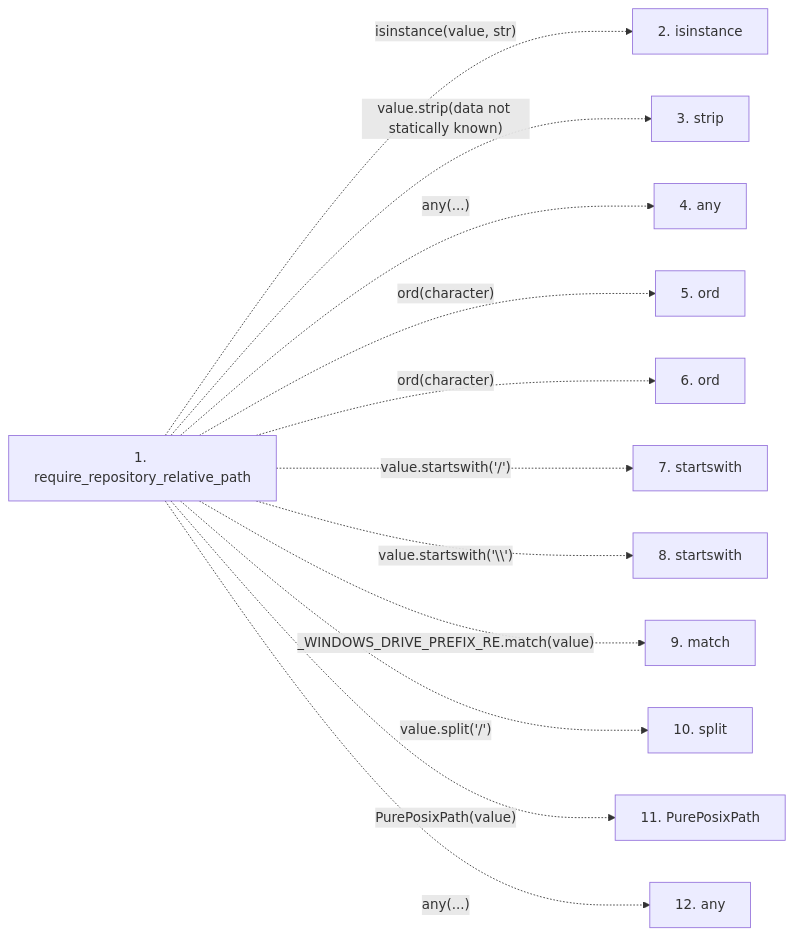
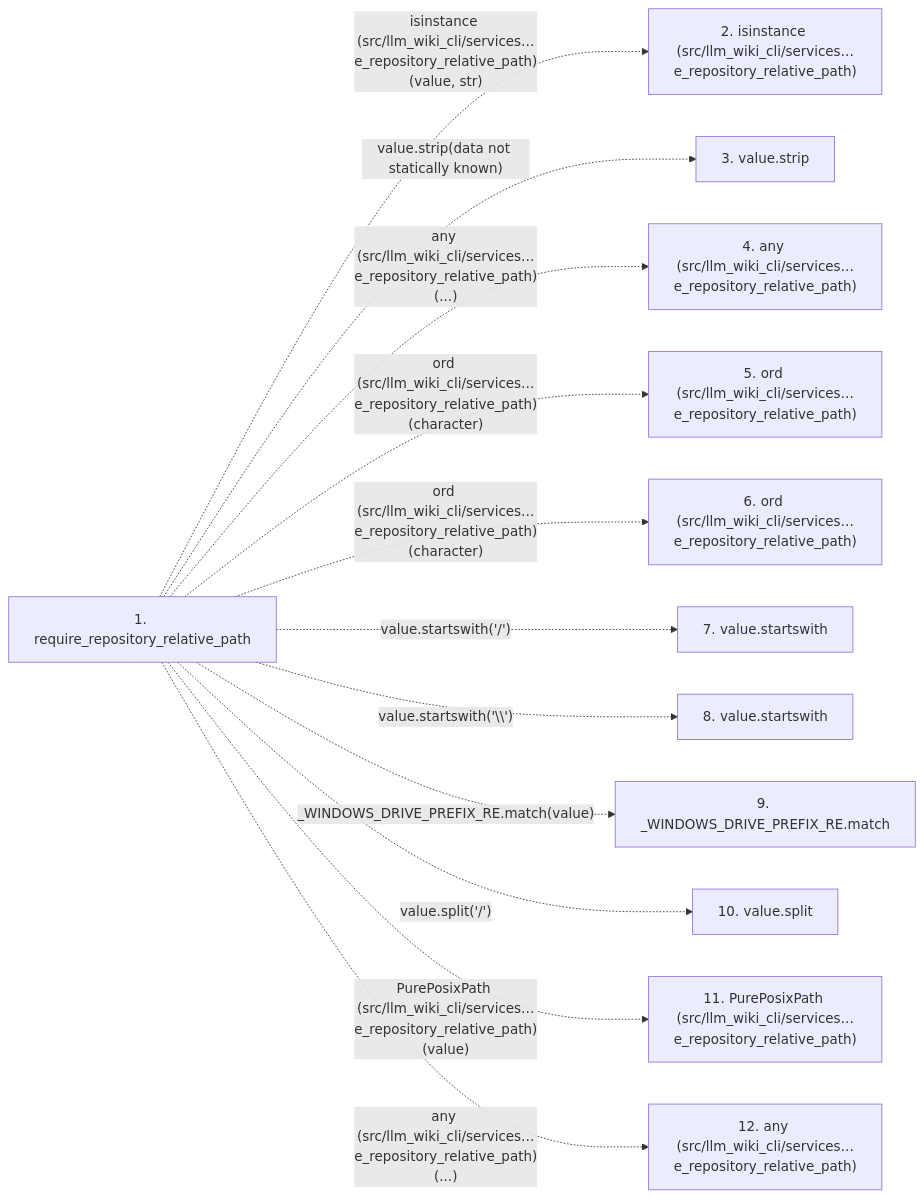
Before and after one commit to Denissvgn/python-wiki-llm: the second of 2 diagrams in docs/llm_wiki/flows/api-require_repository_relative_path.md, drawn with Mermaid. The commit also changed other lines of this file and 719 other files, not shown here.

````diff
--- a/docs/llm_wiki/flows/api-require_repository_relative_path.md
+++ b/docs/llm_wiki/flows/api-require_repository_relative_path.md
@@ -67,27 +71,27 @@
 ```mermaid
 flowchart LR
     s1["1. require_repository_relative_path"]
-    s2["2. isinstance"]
-    s3["3. strip"]
-    s4["4. any"]
-    s5["5. ord"]
-    s6["6. ord"]
-    s7["7. startswith"]
-    s8["8. startswith"]
-    s9["9. match"]
-    s10["10. split"]
-    s11["11. PurePosixPath"]
-    s12["12. any"]
-    s1 -. "isinstance(value, str)" .-> s2
+    s2["2. isinstance (src/llm_wiki_cli/services…e_repository_relative_path)"]
+    s3["3. value.strip"]
+    s4["4. any (src/llm_wiki_cli/services…e_repository_relative_path)"]
+    s5["5. ord (src/llm_wiki_cli/services…e_repository_relative_path)"]
+    s6["6. ord (src/llm_wiki_cli/services…e_repository_relative_path)"]
+    s7["7. value.startswith"]
+    s8["8. value.startswith"]
+    s9["9. _WINDOWS_DRIVE_PREFIX_RE.match"]
+    s10["10. value.split"]
+    s11["11. PurePosixPath (src/llm_wiki_cli/services…e_repository_relative_path)"]
+    s12["12. any (src/llm_wiki_cli/services…e_repository_relative_path)"]
+    s1 -. "isinstance (src/llm_wiki_cli/services…e_repository_relative_path)(value, str)" .-> s2
     s1 -. "value.strip(data not statically known)" .-> s3
-    s1 -. "any(...)" .-> s4
-    s1 -. "ord(character)" .-> s5
-    s1 -. "ord(character)" .-> s6
+    s1 -. "any (src/llm_wiki_cli/services…e_repository_relative_path)(...)" .-> s4
+    s1 -. "ord (src/llm_wiki_cli/services…e_repository_relative_path)(character)" .-> s5
+    s1 -. "ord (src/llm_wiki_cli/services…e_repository_relative_path)(character)" .-> s6
     s1 -. "value.startswith('/')" .-> s7
     s1 -. "value.startswith('\\')" .-> s8
     s1 -. "_WINDOWS_DRIVE_PREFIX_RE.match(value)" .-> s9
     s1 -. "value.split('/')" .-> s10
-    s1 -. "PurePosixPath(value)" .-> s11
-    s1 -. "any(...)" .-> s12
+    s1 -. "PurePosixPath (src/llm_wiki_cli/services…e_repository_relative_path)(value)" .-> s11
+    s1 -. "any (src/llm_wiki_cli/services…e_repository_relative_path)(...)" .-> s12
     click s1 "../modules/validation.md"
 ```
````
